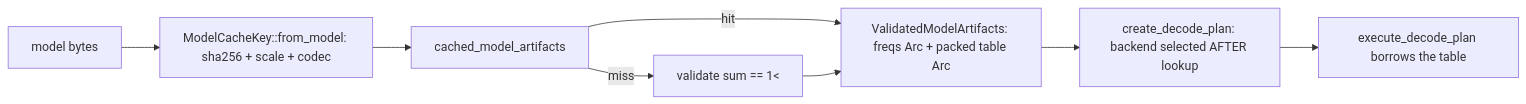
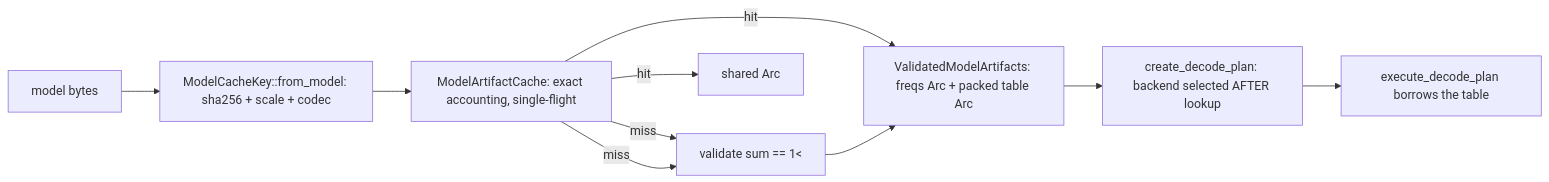
The diagram in docs/atlas/atlas-04-model-lifecycle.md (infinityabundance/ryg-rans-rs), drawn with Mermaid before and after one commit. The commit also changed 11 other files, not shown here.

````diff
--- a/docs/atlas/atlas-04-model-lifecycle.md
+++ b/docs/atlas/atlas-04-model-lifecycle.md
@@ -5,10 +5,12 @@
 ```mermaid
 flowchart LR
     MB[model bytes] --> KEY[ModelCacheKey::from_model: sha256 + scale + codec]
-    KEY --> CACHE[cached_model_artifacts]
+    KEY --> CACHE[ModelArtifactCache: exact accounting, single-flight]
+    CACHE -->|miss| BUILD[build_validated_model_artifacts]
+    CACHE -->|hit| ARC[shared Arc<PackedWordTable>]
     CACHE -->|hit| ART[ValidatedModelArtifacts: freqs Arc + packed table Arc]
     CACHE -->|miss| BUILD[validate sum == 1<<scale, build 16KiB table]
     BUILD --> ART
     ART --> PLAN[create_decode_plan: backend selected AFTER lookup]
     PLAN --> EXEC[execute_decode_plan borrows the table]
 ```
````
